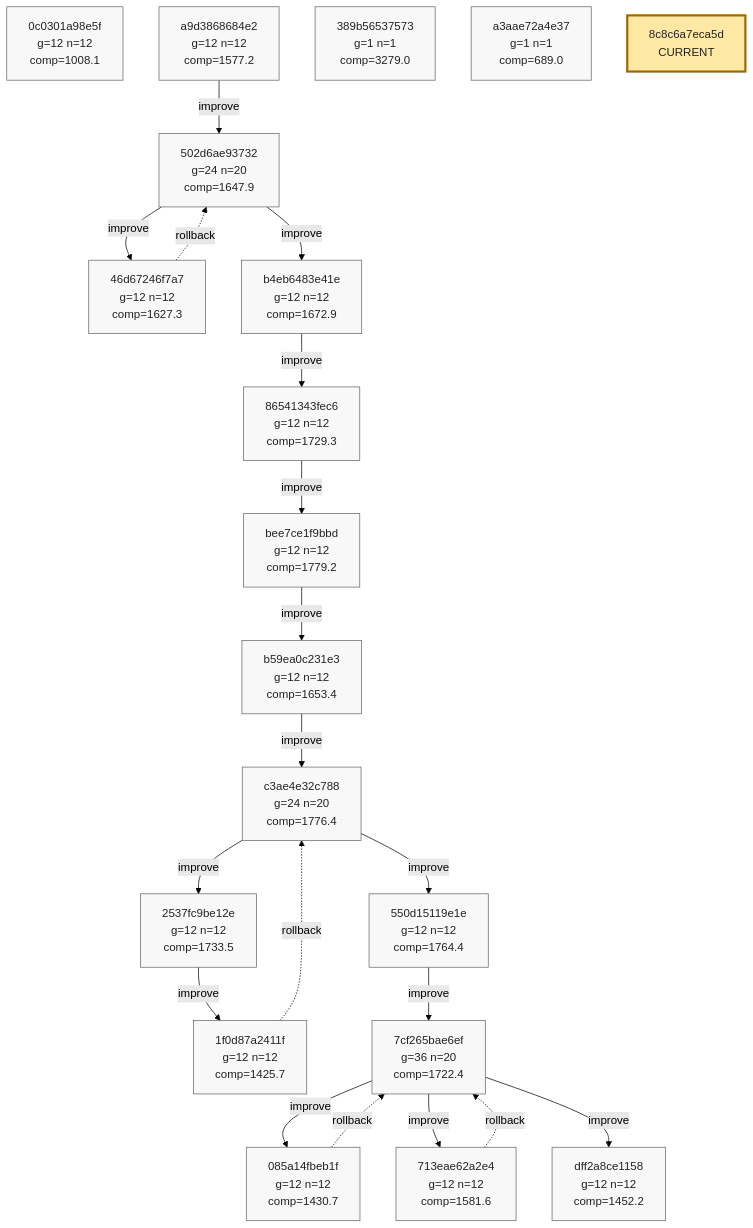
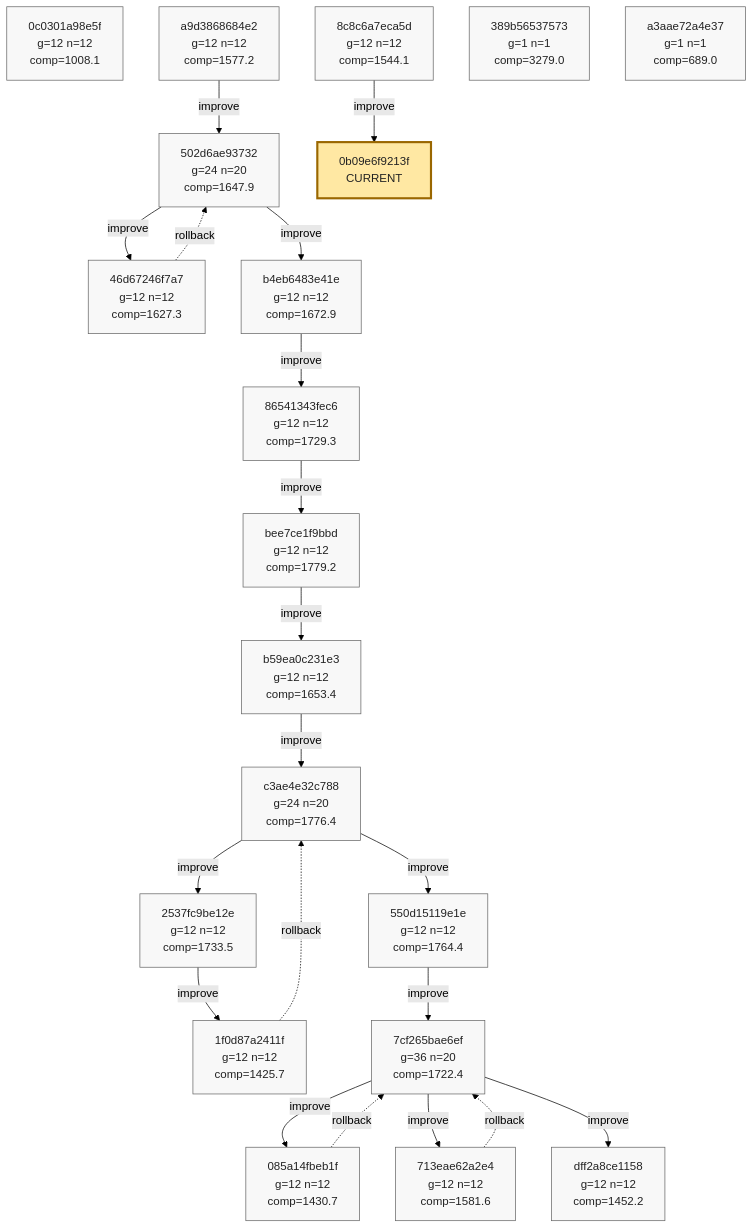
One commit to azumag/soviet_now changed the tenth of 10 diagrams in phyrogenetic-tree.md. Above: the diagram before and after it, drawn with Mermaid (forest theme). The commit also changed other lines of this file and 2 other files, not shown here.

Commit message:
eloop Improve after 12 games (scores: 2603 1333 2582 1725 1401 1540 1590 1582 1457 1971 1383 1794)

````diff
--- a/phyrogenetic-tree.md
+++ b/phyrogenetic-tree.md
@@ -2545,66 +2546,69 @@
 ```mermaid
 flowchart TD
     h_0c0301a98e5f["0c0301a98e5f<br/>g=12 n=12<br/>comp=1008.1"]
     h_a9d3868684e2["a9d3868684e2<br/>g=12 n=12<br/>comp=1577.2"]
     h_502d6ae93732["502d6ae93732<br/>g=24 n=20<br/>comp=1647.9"]
     h_46d67246f7a7["46d67246f7a7<br/>g=12 n=12<br/>comp=1627.3"]
     h_b4eb6483e41e["b4eb6483e41e<br/>g=12 n=12<br/>comp=1672.9"]
     h_86541343fec6["86541343fec6<br/>g=12 n=12<br/>comp=1729.3"]
     h_bee7ce1f9bbd["bee7ce1f9bbd<br/>g=12 n=12<br/>comp=1779.2"]
     h_b59ea0c231e3["b59ea0c231e3<br/>g=12 n=12<br/>comp=1653.4"]
     h_c3ae4e32c788["c3ae4e32c788<br/>g=24 n=20<br/>comp=1776.4"]
     h_2537fc9be12e["2537fc9be12e<br/>g=12 n=12<br/>comp=1733.5"]
     h_1f0d87a2411f["1f0d87a2411f<br/>g=12 n=12<br/>comp=1425.7"]
     h_550d15119e1e["550d15119e1e<br/>g=12 n=12<br/>comp=1764.4"]
     h_7cf265bae6ef["7cf265bae6ef<br/>g=36 n=20<br/>comp=1722.4"]
     h_085a14fbeb1f["085a14fbeb1f<br/>g=12 n=12<br/>comp=1430.7"]
     h_713eae62a2e4["713eae62a2e4<br/>g=12 n=12<br/>comp=1581.6"]
     h_dff2a8ce1158["dff2a8ce1158<br/>g=12 n=12<br/>comp=1452.2"]
+    h_8c8c6a7eca5d["8c8c6a7eca5d<br/>g=12 n=12<br/>comp=1544.1"]
     h_389b56537573["389b56537573<br/>g=1 n=1<br/>comp=3279.0"]
     h_a3aae72a4e37["a3aae72a4e37<br/>g=1 n=1<br/>comp=689.0"]
-    h_8c8c6a7eca5d["8c8c6a7eca5d<br/>CURRENT"]
+    h_0b09e6f9213f["0b09e6f9213f<br/>CURRENT"]
 
     h_a9d3868684e2 -->|improve| h_502d6ae93732
     h_502d6ae93732 -->|improve| h_46d67246f7a7
     h_46d67246f7a7 -. rollback .-> h_502d6ae93732
     h_502d6ae93732 -->|improve| h_b4eb6483e41e
     h_b4eb6483e41e -->|improve| h_86541343fec6
     h_86541343fec6 -->|improve| h_bee7ce1f9bbd
     h_bee7ce1f9bbd -->|improve| h_b59ea0c231e3
     h_b59ea0c231e3 -->|improve| h_c3ae4e32c788
     h_c3ae4e32c788 -->|improve| h_2537fc9be12e
     h_2537fc9be12e -->|improve| h_1f0d87a2411f
     h_1f0d87a2411f -. rollback .-> h_c3ae4e32c788
     h_c3ae4e32c788 -->|improve| h_550d15119e1e
     h_550d15119e1e -->|improve| h_7cf265bae6ef
     h_7cf265bae6ef -->|improve| h_085a14fbeb1f
     h_085a14fbeb1f -. rollback .-> h_7cf265bae6ef
     h_7cf265bae6ef -->|improve| h_713eae62a2e4
     h_713eae62a2e4 -. rollback .-> h_7cf265bae6ef
     h_7cf265bae6ef -->|improve| h_dff2a8ce1158
+    h_8c8c6a7eca5d -->|improve| h_0b09e6f9213f
 
     classDef plain fill:#f8f8f8,stroke:#666,stroke-width:1px,color:#222;
     classDef current fill:#ffe8a3,stroke:#9a6700,stroke-width:3px,color:#222;
     classDef anchor fill:#d7f5dd,stroke:#1f6f43,stroke-width:3px,color:#222;
     classDef current_anchor fill:#f3e4a8,stroke:#1f6f43,stroke-width:4px,color:#222;
 
     class h_0c0301a98e5f plain;
     class h_a9d3868684e2 plain;
     class h_502d6ae93732 plain;
     class h_46d67246f7a7 plain;
     class h_b4eb6483e41e plain;
     class h_86541343fec6 plain;
     class h_bee7ce1f9bbd plain;
     class h_b59ea0c231e3 plain;
     class h_c3ae4e32c788 plain;
     class h_2537fc9be12e plain;
     class h_1f0d87a2411f plain;
     class h_550d15119e1e plain;
     class h_7cf265bae6ef plain;
     class h_085a14fbeb1f plain;
     class h_713eae62a2e4 plain;
     class h_dff2a8ce1158 plain;
+    class h_8c8c6a7eca5d plain;
     class h_389b56537573 plain;
     class h_a3aae72a4e37 plain;
-    class h_8c8c6a7eca5d current;
+    class h_0b09e6f9213f current;
 ```
````
